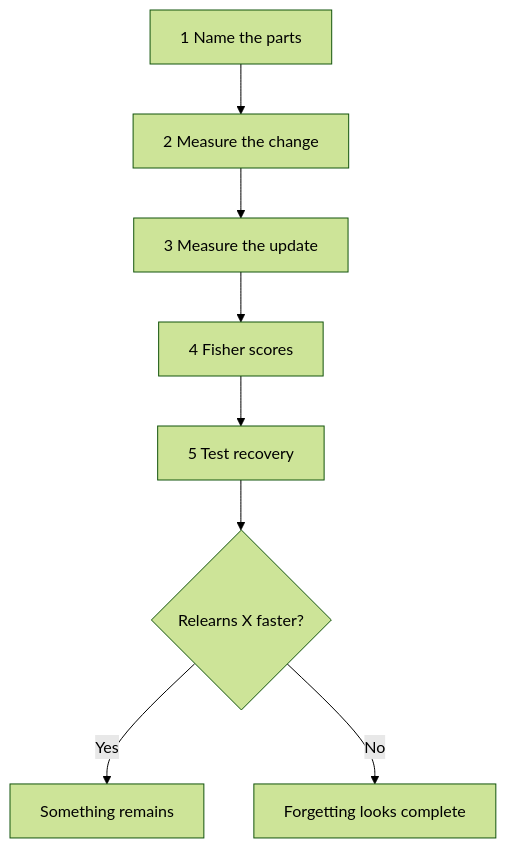
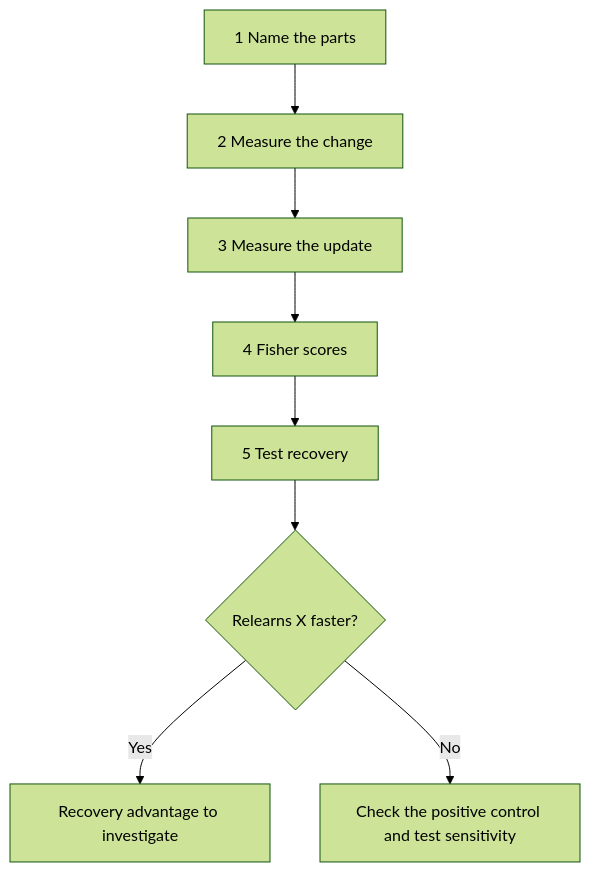
Before and after one commit to sumitasthana/CARK: the diagram in docs/MODEL_DIAGNOSTICS.md, drawn with Mermaid (forest theme). The commit also changed 12 other files, not shown here.

````diff
--- a/docs/MODEL_DIAGNOSTICS.md
+++ b/docs/MODEL_DIAGNOSTICS.md
@@ -47,10 +47,10 @@
 ```mermaid
 flowchart TD
     S1[1 Name the parts] --> S2[2 Measure the change]
     S2 --> S3[3 Measure the update]
     S3 --> S4[4 Fisher scores]
     S4 --> S5[5 Test recovery]
     S5 --> D{Relearns X faster?}
-    D -->|Yes| A[Something remains]
-    D -->|No| B[Forgetting looks complete]
+    D -->|Yes| A[Recovery advantage to investigate]
+    D -->|No| B[Check the positive control and test sensitivity]
 ```
````
